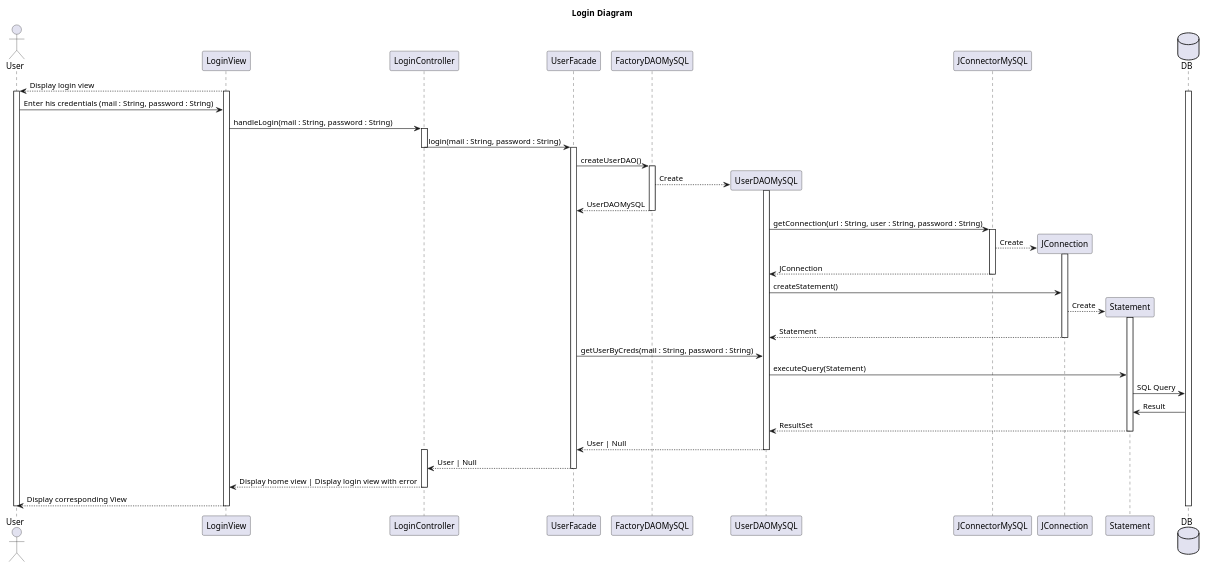
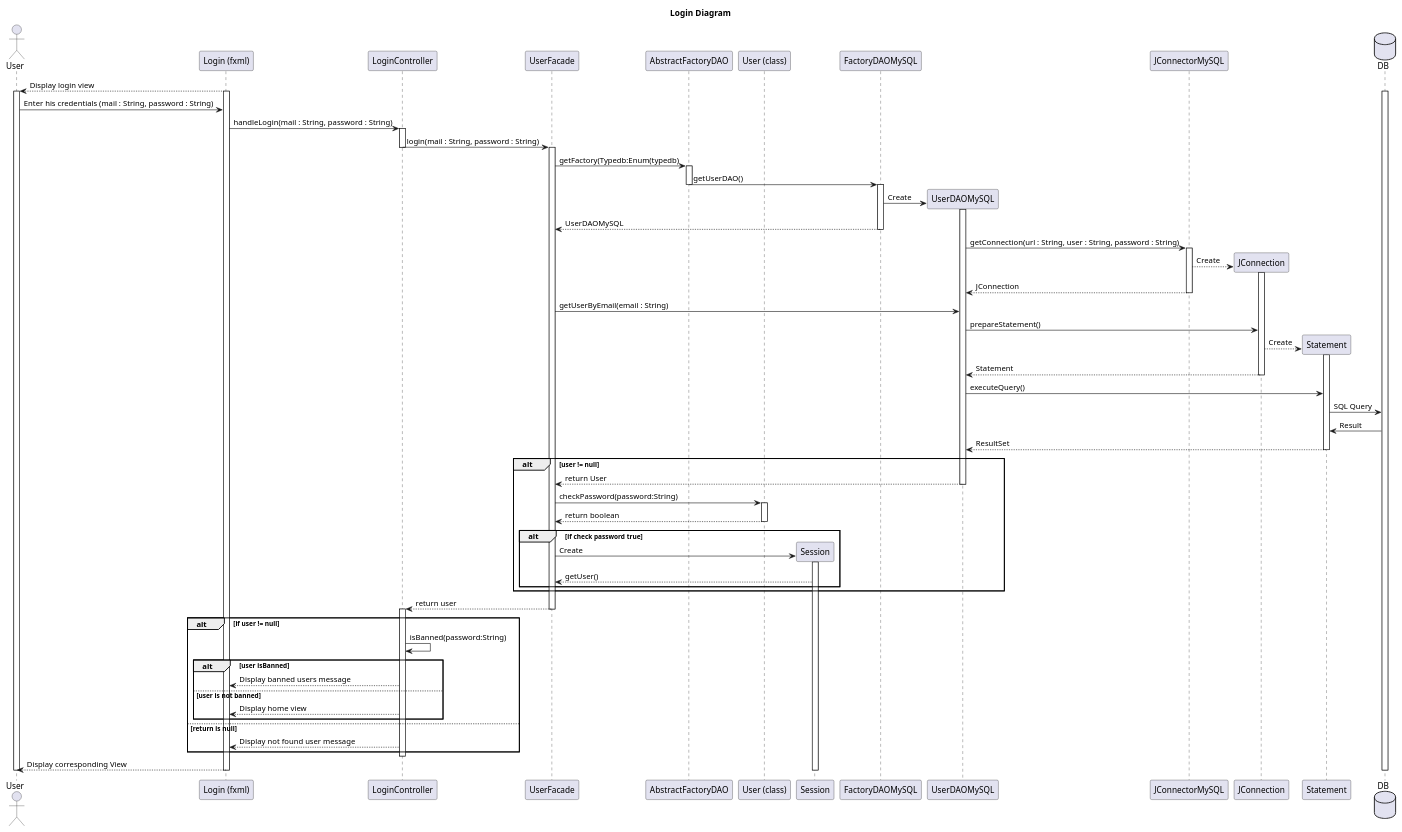
The diagram in documents/diagram/login/loginSequence.puml (LaunoisRemy/ToolShare), drawn with PlantUML before and after one commit.

Commit message:
UPDATE : Sequence diagram

```diff
--- a/documents/diagram/login/loginSequence.puml
+++ b/documents/diagram/login/loginSequence.puml
@@ -1,95 +1,141 @@
 @startuml
 title Login Diagram
 
 actor User
-participant LoginView
+participant "Login (fxml)"
 participant LoginController
 participant UserFacade
+participant AbstractFactoryDAO
+participant "User (class)"
+participant Session
 participant FactoryDAOMySQL
 participant UserDAOMySQL
 participant JConnectorMySQL
 participant JConnection
 participant Statement
 database DB
 
-LoginView-->User: Display login view
 
+"Login (fxml)"-->User: Display login view
+
+activate "Login (fxml)"
 activate User
 activate DB
-activate LoginView
 
-User->LoginView:Enter his credentials (mail : String, password : String)
 
-LoginView->LoginController: handleLogin(mail : String, password : String)
+User->"Login (fxml)":Enter his credentials (mail : String, password : String)
+
+"Login (fxml)"->LoginController: handleLogin(mail : String, password : String)
 
 activate LoginController
 
 LoginController->UserFacade:login(mail : String, password : String)
 
 deactivate LoginController
 
 activate UserFacade
 
-UserFacade->FactoryDAOMySQL:createUserDAO()
+UserFacade->AbstractFactoryDAO:getFactory(Typedb:Enum(typedb)
 
+activate AbstractFactoryDAO
+
+AbstractFactoryDAO->FactoryDAOMySQL:getUserDAO()
+
+deactivate AbstractFactoryDAO
 activate FactoryDAOMySQL
 
-FactoryDAOMySQL-->UserDAOMySQL **:Create
+FactoryDAOMySQL->UserDAOMySQL **:Create
 
 activate UserDAOMySQL
 
 FactoryDAOMySQL-->UserFacade:UserDAOMySQL
 
 deactivate FactoryDAOMySQL
 
 UserDAOMySQL->JConnectorMySQL: getConnection(url : String, user : String, password : String)
 
 activate JConnectorMySQL
 
 JConnectorMySQL--> JConnection **: Create
 
 activate JConnection
 
 JConnectorMySQL-->UserDAOMySQL: JConnection
 
 deactivate JConnectorMySQL
 
-UserDAOMySQL->JConnection: createStatement()
+UserFacade->UserDAOMySQL: getUserByEmail(email : String)
+
+UserDAOMySQL->JConnection: prepareStatement()
 
 JConnection-->Statement **: Create
 
 activate Statement
 
 JConnection-->UserDAOMySQL: Statement
 
 deactivate JConnection
 
-UserFacade->UserDAOMySQL: getUserByCreds(mail : String, password : String)
-
-UserDAOMySQL->Statement:executeQuery(Statement)
+UserDAOMySQL->Statement:executeQuery()
 
 Statement->DB: SQL Query
 
 DB->Statement:Result
 
 Statement-->UserDAOMySQL: ResultSet
 
 deactivate Statement
 
-UserDAOMySQL-->UserFacade: User | Null
+alt user != null
 
-deactivate UserDAOMySQL
+    UserDAOMySQL-->UserFacade: return User
+    deactivate UserDAOMySQL
+    UserFacade->"User (class)": checkPassword(password:String)
+    activate "User (class)"
+    "User (class)"-->UserFacade: return boolean
+    deactivate "User (class)"
+
+    alt if check password true
+        UserFacade->Session **: Create
+
+        activate Session
+
+        Session-->UserFacade:getUser()
+    end
+
+end
+
+UserFacade-->LoginController: return user
+
+deactivate UserFacade
 
 activate LoginController
-UserFacade-->LoginController: User | Null
-deactivate UserFacade
-LoginController-->LoginView: Display home view | Display login view with error
+
+alt if user != null
+
+LoginController->LoginController:isBanned(password:String)
+
+    alt user isBanned
+
+        LoginController-->"Login (fxml)": Display banned users message
+
+    else user is not banned
+
+        LoginController-->"Login (fxml)": Display home view
+    end
+
+else return is null
+
+    LoginController-->"Login (fxml)": Display not found user message
+
+end
 
 deactivate LoginController
 
-LoginView-->User: Display corresponding View
-deactivate LoginView
+"Login (fxml)"-->User: Display corresponding View
+deactivate "Login (fxml)"
 deactivate DB
+deactivate Session
 deactivate User
 
 @enduml
```
